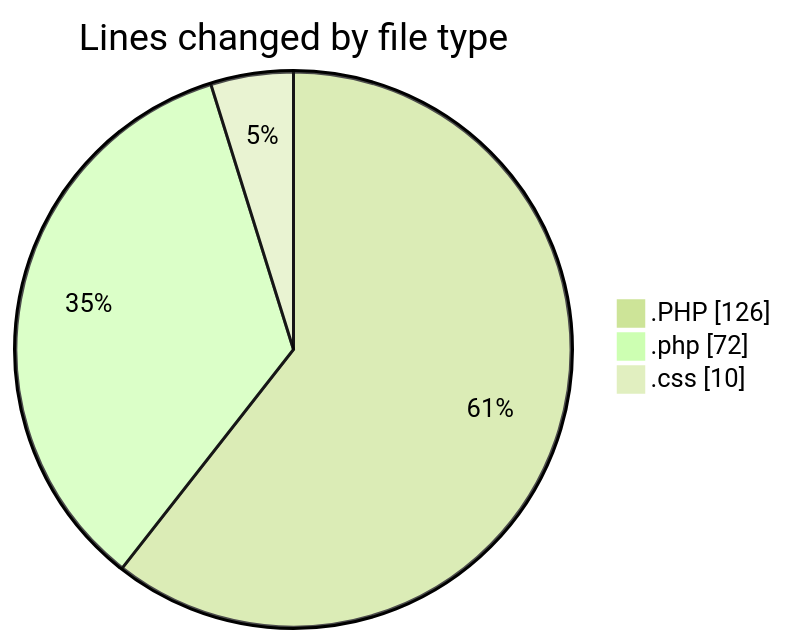
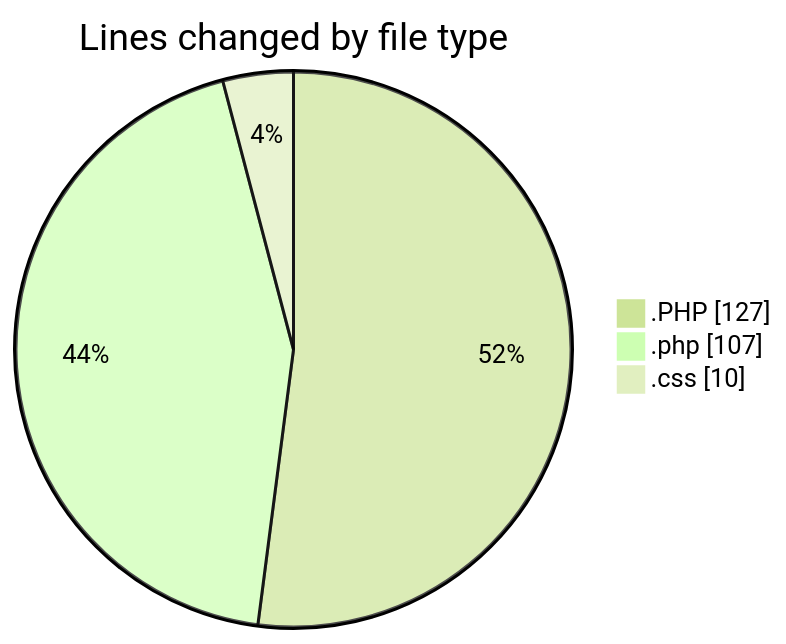
One commit to LanceThiago/code-tracking changed the first of 2 diagrams in 2025-05-15/jogo/README.md. Above: the diagram before and after it, drawn with Mermaid (forest theme). The commit also changed other lines of this file and 1 other file, not shown here.

````diff
--- a/2025-05-15/jogo/README.md
+++ b/2025-05-15/jogo/README.md
@@ -22,7 +22,7 @@
 ```mermaid
 pie showData
 title Lines changed by file type
-".PHP" : 126
-".php" : 72
+".PHP" : 127
+".php" : 107
 ".css" : 10
 ```
````
